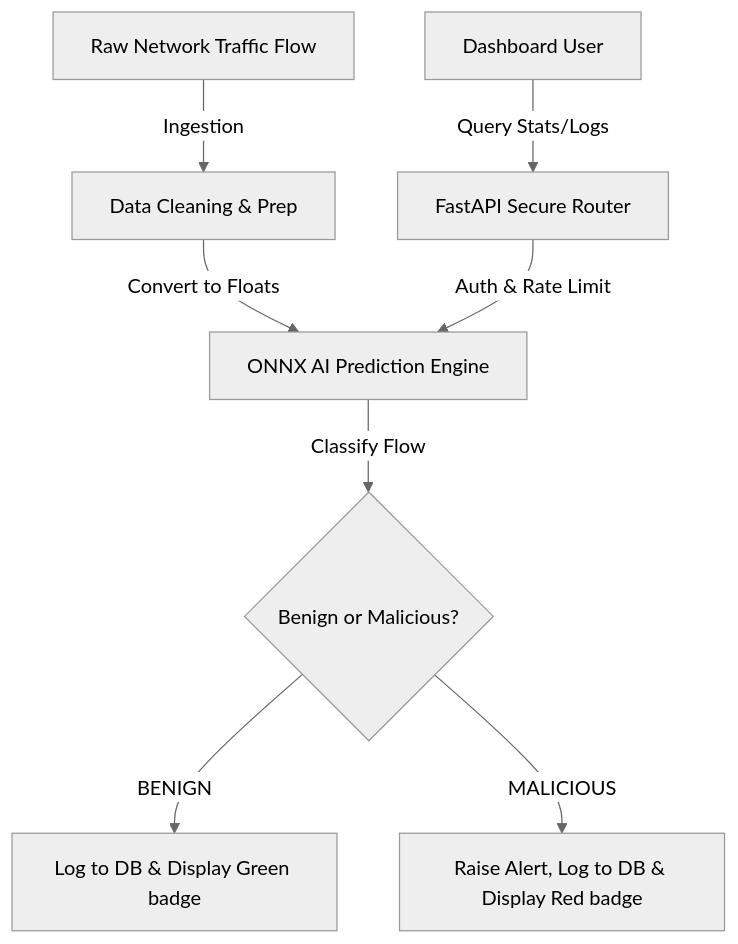
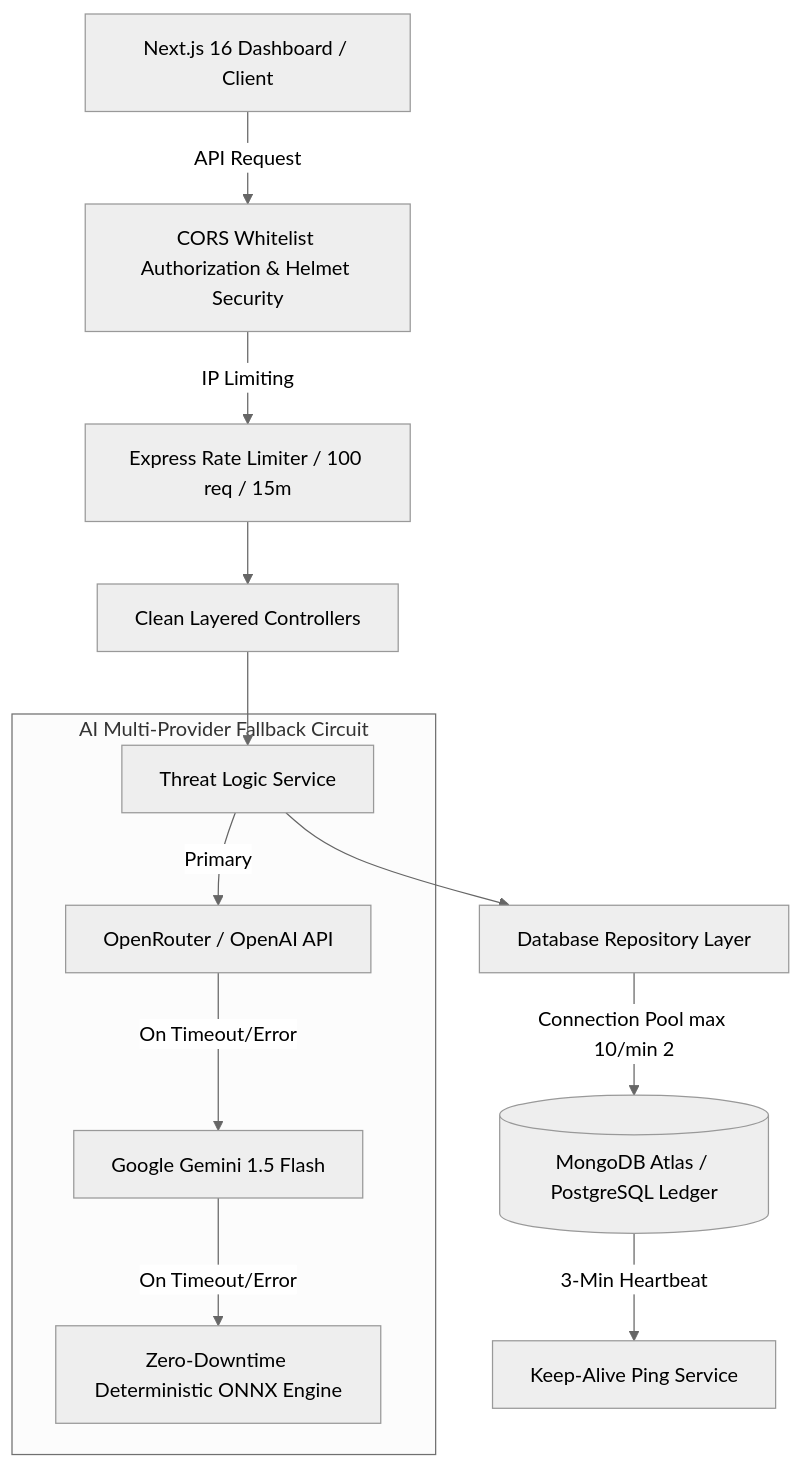
The diagram in README.md (jayaschool1981-rgb/ai-cyber-threat-detector), drawn with Mermaid (neutral theme) before and after one commit. The commit also changed other lines of this file and 24 other files, not shown here.

````diff
--- a/README.md
+++ b/README.md
@@ -37,10 +30,17 @@
 ```mermaid
-graph TD
-    A[Raw Network Traffic Flow] -->|Ingestion| B[Data Cleaning & Prep]
-    B -->|Convert to Floats| C[ONNX AI Prediction Engine]
-    C -->|Classify Flow| D{Benign or Malicious?}
-    D -->|BENIGN| E[Log to DB & Display Green badge]
-    D -->|MALICIOUS| F[Raise Alert, Log to DB & Display Red badge]
-    G[Dashboard User] -->|Query Stats/Logs| H[FastAPI Secure Router]
-    H -->|Auth & Rate Limit| C
+flowchart TD
+    Client[Next.js 16 Dashboard / Client] -->|API Request| CORS[CORS Whitelist Authorization & Helmet Security]
+    CORS -->|IP Limiting| RateLimiter[Express Rate Limiter / 100 req / 15m]
+    RateLimiter --> Controller[Clean Layered Controllers]
+    Controller --> Service[Threat Logic Service]
+    
+    subgraph AI Multi-Provider Fallback Circuit
+        Service -->|Primary| OpenRouter[OpenRouter / OpenAI API]
+        OpenRouter -->|On Timeout/Error| Gemini[Google Gemini 1.5 Flash]
+        Gemini -->|On Timeout/Error| Deterministic[Zero-Downtime Deterministic ONNX Engine]
+    end
+    
+    Service --> Repository[Database Repository Layer]
+    Repository -->|Connection Pool max 10/min 2| DB[(MongoDB Atlas / PostgreSQL Ledger)]
+    DB -->|3-Min Heartbeat| Ping[Keep-Alive Ping Service]
 ```
````
